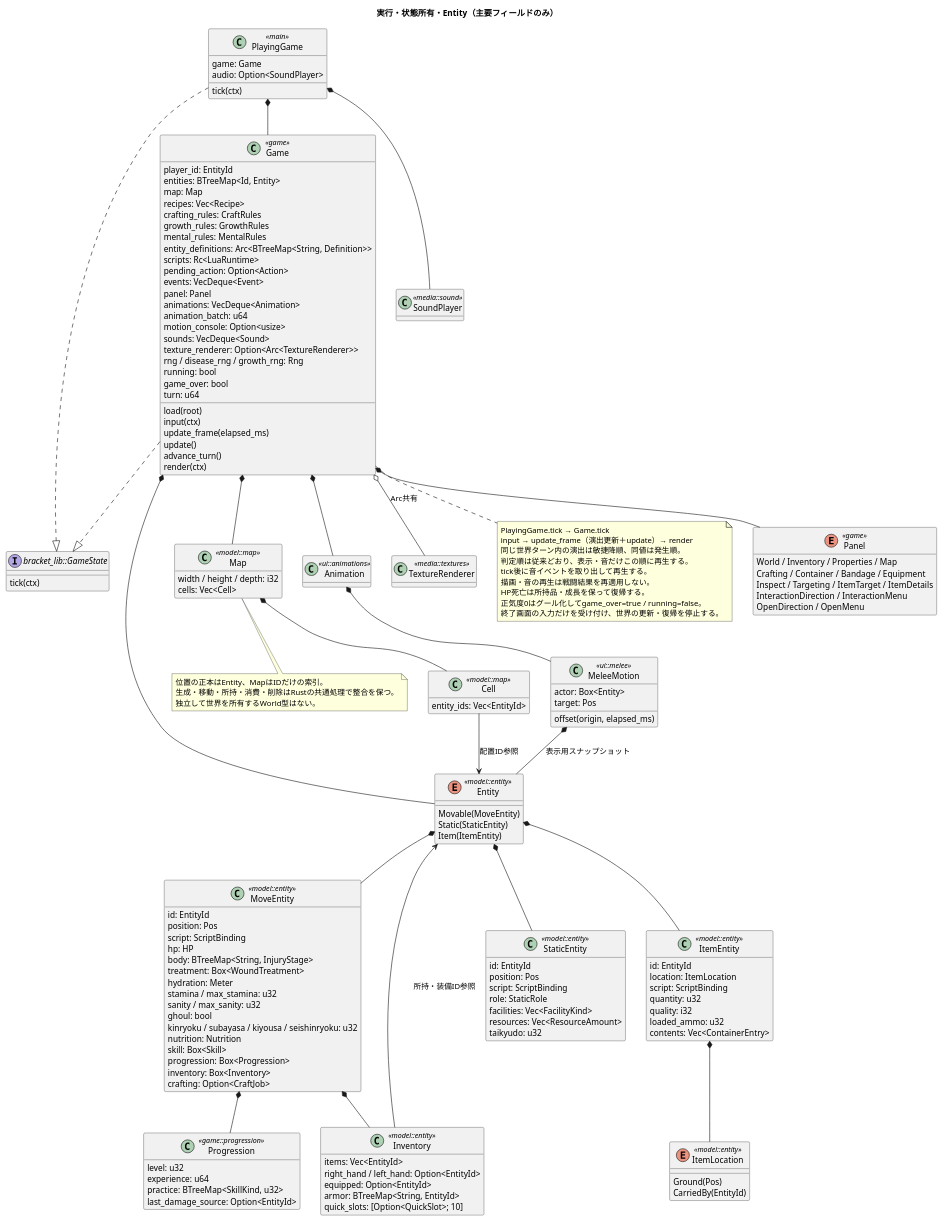
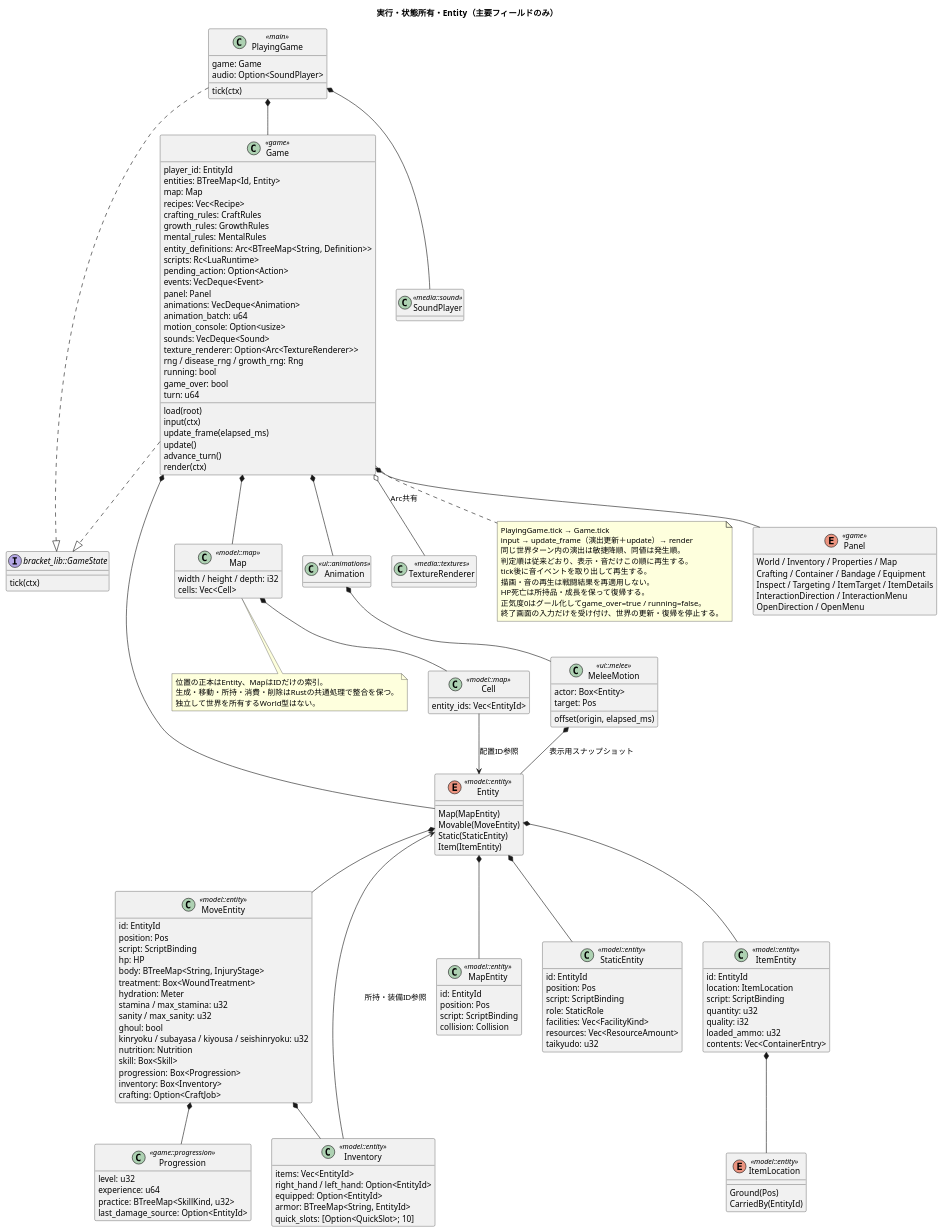
Before and after one commit to motcom/MyRogue: the second of 3 diagrams in document/class.pu, drawn with PlantUML. The commit also changed other lines of this file and 215 other files, not shown here.

```diff
--- a/document/class.pu
+++ b/document/class.pu
@@ -43,162 +43,170 @@
 @startuml class_runtime
 title 実行・状態所有・Entity（主要フィールドのみ）
 skinparam shadowing false
 skinparam classAttributeIconSize 0
 hide empty methods
 
 class PlayingGame <<main>> {
   game: Game
   audio: Option<SoundPlayer>
   tick(ctx)
 }
 interface "bracket_lib::GameState" as GameState {
   tick(ctx)
 }
 class Game <<game>> {
   player_id: EntityId
   entities: BTreeMap<Id, Entity>
   map: Map
   recipes: Vec<Recipe>
   crafting_rules: CraftRules
   growth_rules: GrowthRules
   mental_rules: MentalRules
   entity_definitions: Arc<BTreeMap<String, Definition>>
   scripts: Rc<LuaRuntime>
   pending_action: Option<Action>
   events: VecDeque<Event>
   panel: Panel
   animations: VecDeque<Animation>
   animation_batch: u64
   motion_console: Option<usize>
   sounds: VecDeque<Sound>
   texture_renderer: Option<Arc<TextureRenderer>>
   rng / disease_rng / growth_rng: Rng
   running: bool
   game_over: bool
   turn: u64
   load(root)
   input(ctx)
   update_frame(elapsed_ms)
   update()
   advance_turn()
   render(ctx)
 }
 enum Panel <<game>> {
   World / Inventory / Properties / Map
   Crafting / Container / Bandage / Equipment
   Inspect / Targeting / ItemTarget / ItemDetails
   InteractionDirection / InteractionMenu
   OpenDirection / OpenMenu
 }
 enum Entity <<model::entity>> {
+  Map(MapEntity)
   Movable(MoveEntity)
   Static(StaticEntity)
   Item(ItemEntity)
 }
 class MoveEntity <<model::entity>> {
   id: EntityId
   position: Pos
   script: ScriptBinding
   hp: HP
   body: BTreeMap<String, InjuryStage>
   treatment: Box<WoundTreatment>
   hydration: Meter
   stamina / max_stamina: u32
   sanity / max_sanity: u32
   ghoul: bool
   kinryoku / subayasa / kiyousa / seishinryoku: u32
   nutrition: Nutrition
   skill: Box<Skill>
   progression: Box<Progression>
   inventory: Box<Inventory>
   crafting: Option<CraftJob>
+}
+class MapEntity <<model::entity>> {
+  id: EntityId
+  position: Pos
+  script: ScriptBinding
+  collision: Collision
 }
 class StaticEntity <<model::entity>> {
   id: EntityId
   position: Pos
   script: ScriptBinding
   role: StaticRole
   facilities: Vec<FacilityKind>
   resources: Vec<ResourceAmount>
   taikyudo: u32
 }
 class ItemEntity <<model::entity>> {
   id: EntityId
   location: ItemLocation
   script: ScriptBinding
   quantity: u32
   quality: i32
   loaded_ammo: u32
   contents: Vec<ContainerEntry>
 }
 class Inventory <<model::entity>> {
   items: Vec<EntityId>
   right_hand / left_hand: Option<EntityId>
   equipped: Option<EntityId>
   armor: BTreeMap<String, EntityId>
   quick_slots: [Option<QuickSlot>; 10]
 }
 enum ItemLocation <<model::entity>> {
   Ground(Pos)
   CarriedBy(EntityId)
 }
 class Map <<model::map>> {
   width / height / depth: i32
   cells: Vec<Cell>
 }
 class Cell <<model::map>> {
   entity_ids: Vec<EntityId>
 }
 class Progression <<game::progression>> {
   level: u32
   experience: u64
   practice: BTreeMap<SkillKind, u32>
   last_damage_source: Option<EntityId>
 }
 class SoundPlayer <<media::sound>>
 class TextureRenderer <<media::textures>>
 class Animation <<ui::animations>>
 class MeleeMotion <<ui::melee>> {
   actor: Box<Entity>
   target: Pos
   offset(origin, elapsed_ms)
 }
 
 PlayingGame ..|> GameState
 Game ..|> GameState
 PlayingGame *-- Game
 PlayingGame *-- SoundPlayer
 Game *-- Entity
 Game *-- Map
 Game *-- Panel
 Game *-- Animation
 Animation *-- MeleeMotion
 MeleeMotion *-- Entity : 表示用スナップショット
 Game o-- TextureRenderer : Arc共有
 Entity *-- MoveEntity
+Entity *-- MapEntity
 Entity *-- StaticEntity
 Entity *-- ItemEntity
 MoveEntity *-- Inventory
 MoveEntity *-- Progression
 Inventory --> Entity : 所持・装備ID参照
 ItemEntity *-- ItemLocation
 Map *-- Cell
 Cell --> Entity : 配置ID参照
 
 note bottom of Game
   PlayingGame.tick → Game.tick
   input → update_frame（演出更新＋update）→ render
   同じ世界ターン内の演出は敏捷降順、同値は発生順。
   判定順は従来どおり、表示・音だけこの順に再生する。
   tick後に音イベントを取り出して再生する。
   描画・音の再生は戦闘結果を再適用しない。
   HP死亡は所持品・成長を保って復帰する。
   正気度0はグール化してgame_over=true / running=false。
   終了画面の入力だけを受け付け、世界の更新・復帰を停止する。
 end note
 note bottom of Map
   位置の正本はEntity、MapはIDだけの索引。
   生成・移動・所持・消費・削除はRustの共通処理で整合を保つ。
   独立して世界を所有するWorld型はない。
 end note
 @enduml
```
